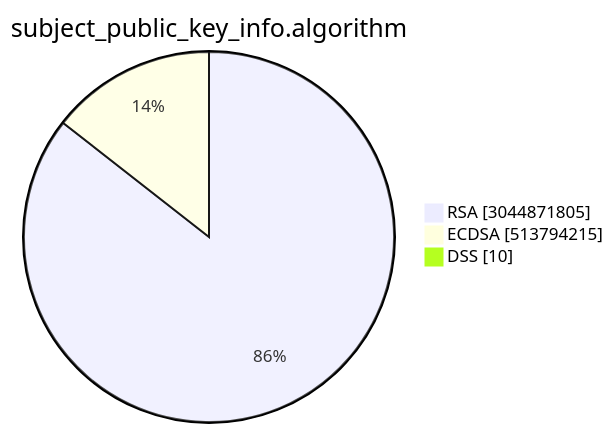
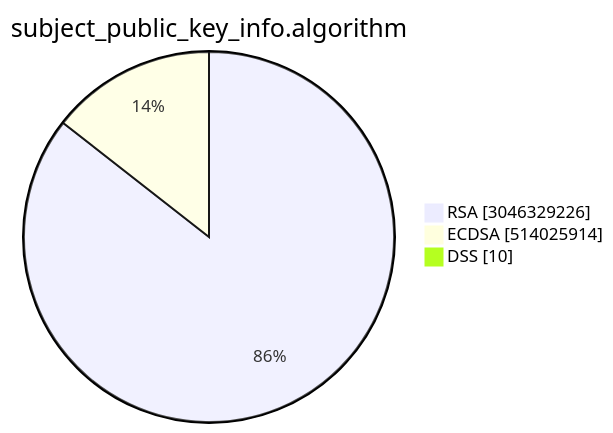
One commit to christiankrug/ctmonitor_visualization changed the second of 15 diagrams in TOTAL/README.md. Above: the diagram before and after it, drawn with Mermaid. The commit also changed other lines of this file, not shown here.

````diff
--- a/TOTAL/README.md
+++ b/TOTAL/README.md
@@ -6,7 +6,7 @@
 ```mermaid
 pie showData
 title subject_public_key_info.algorithm
-"RSA" :3044871805
-"ECDSA" :513794215
+"RSA" :3046329226
+"ECDSA" :514025914
 "DSS" :10
 ```
````
